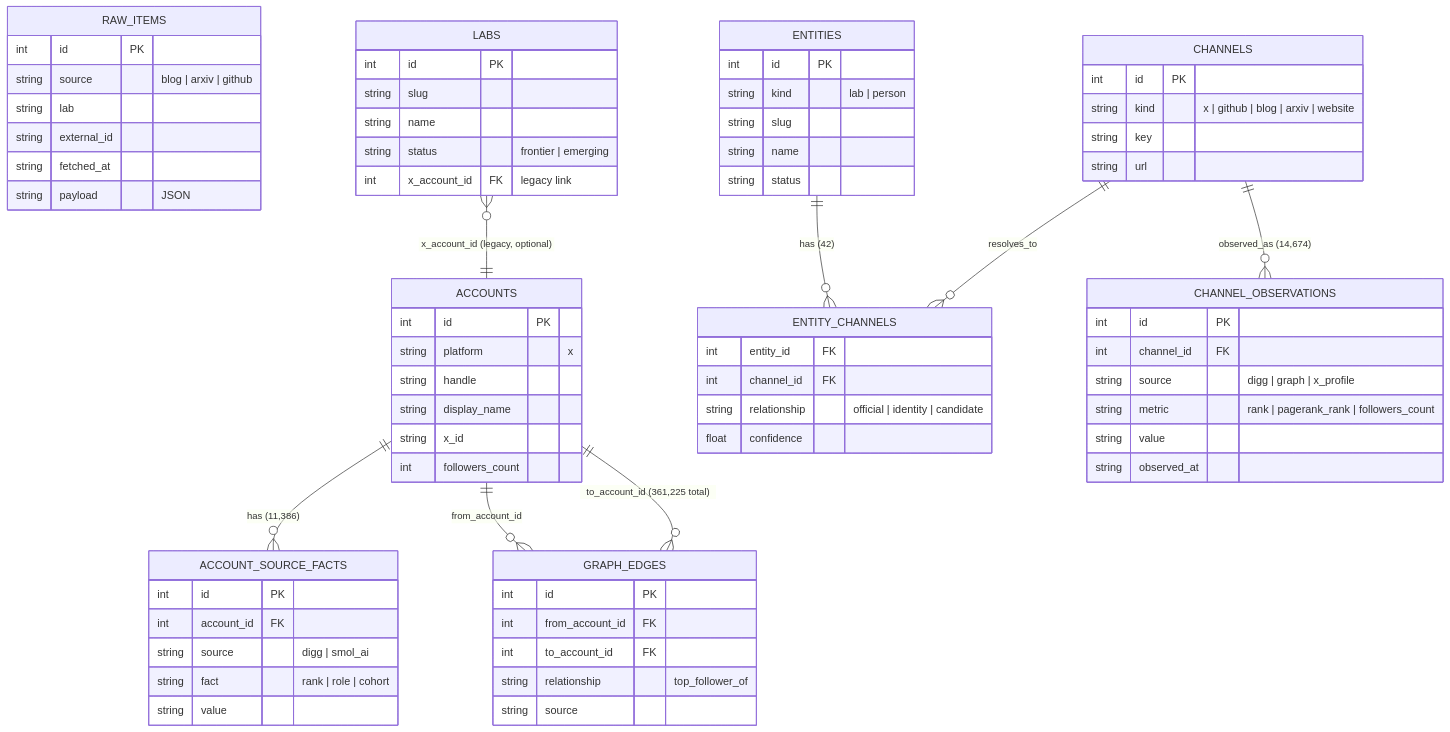
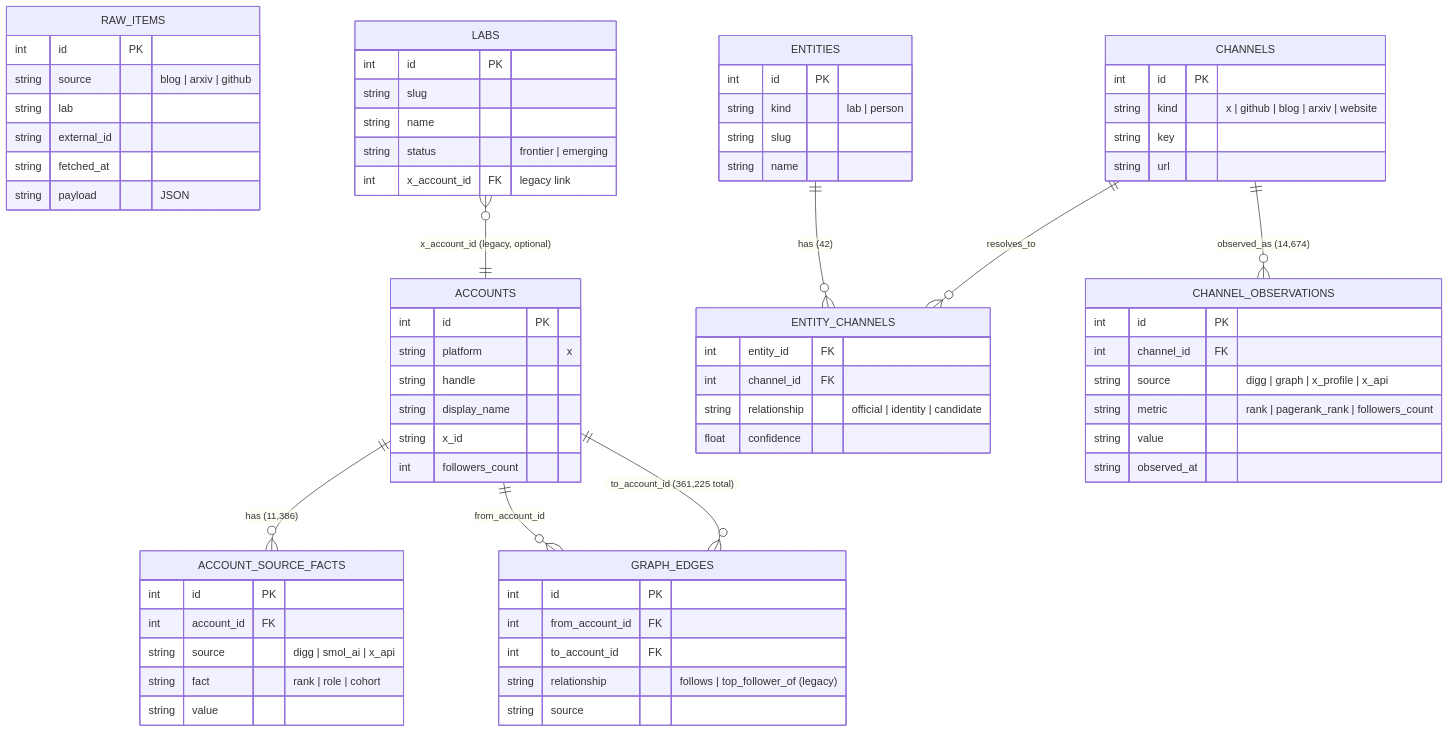
Before and after one commit to AdithyanI/frontier-lab-intelligence: the third of 4 diagrams in docs/architecture/overview.md, drawn with Mermaid. The commit also changed other lines of this file and 12 other files, not shown here.

````diff
--- a/docs/architecture/overview.md
+++ b/docs/architecture/overview.md
@@ -139,75 +140,74 @@
 ```mermaid
 erDiagram
     RAW_ITEMS {
         int id PK
         string source "blog | arxiv | github"
         string lab
         string external_id
         string fetched_at
         string payload "JSON"
     }
     ACCOUNTS {
         int id PK
         string platform "x"
         string handle
         string display_name
         string x_id
         int followers_count
     }
     ACCOUNT_SOURCE_FACTS {
         int id PK
         int account_id FK
-        string source "digg | smol_ai"
+        string source "digg | smol_ai | x_api"
         string fact "rank | role | cohort"
         string value
     }
     GRAPH_EDGES {
         int id PK
         int from_account_id FK
         int to_account_id FK
-        string relationship "top_follower_of"
+        string relationship "follows | top_follower_of (legacy)"
         string source
     }
     LABS {
         int id PK
         string slug
         string name
         string status "frontier | emerging"
         int x_account_id FK "legacy link"
     }
     ENTITIES {
         int id PK
         string kind "lab | person"
         string slug
         string name
-        string status
     }
     CHANNELS {
         int id PK
         string kind "x | github | blog | arxiv | website"
         string key
         string url
     }
     ENTITY_CHANNELS {
         int entity_id FK
         int channel_id FK
         string relationship "official | identity | candidate"
         float confidence
     }
     CHANNEL_OBSERVATIONS {
         int id PK
         int channel_id FK
-        string source "digg | graph | x_profile"
+        string source "digg | graph | x_profile | x_api"
         string metric "rank | pagerank_rank | followers_count"
         string value
         string observed_at
     }
 
     ACCOUNTS ||--o{ ACCOUNT_SOURCE_FACTS : "has (11,386)"
     ACCOUNTS ||--o{ GRAPH_EDGES : "from_account_id"
     ACCOUNTS ||--o{ GRAPH_EDGES : "to_account_id (361,225 total)"
     LABS }o--|| ACCOUNTS : "x_account_id (legacy, optional)"
     ENTITIES ||--o{ ENTITY_CHANNELS : "has (42)"
     CHANNELS ||--o{ ENTITY_CHANNELS : resolves_to
     CHANNELS ||--o{ CHANNEL_OBSERVATIONS : "observed_as (14,674)"
 ```
````
